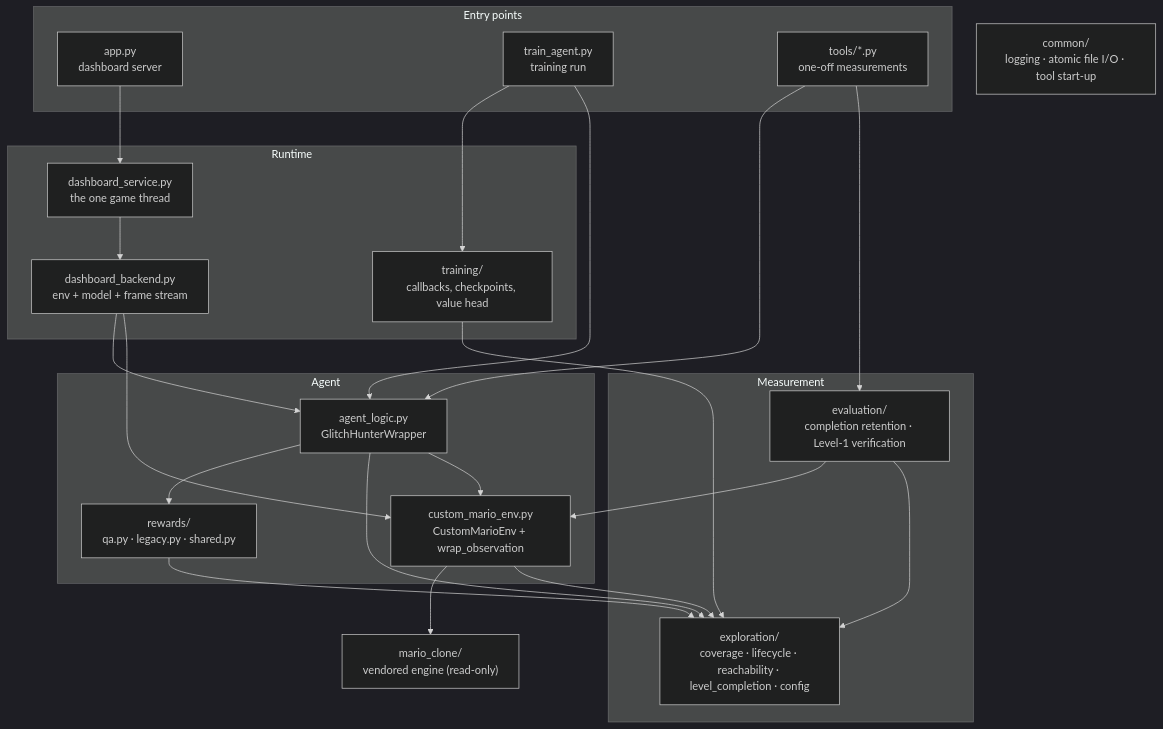
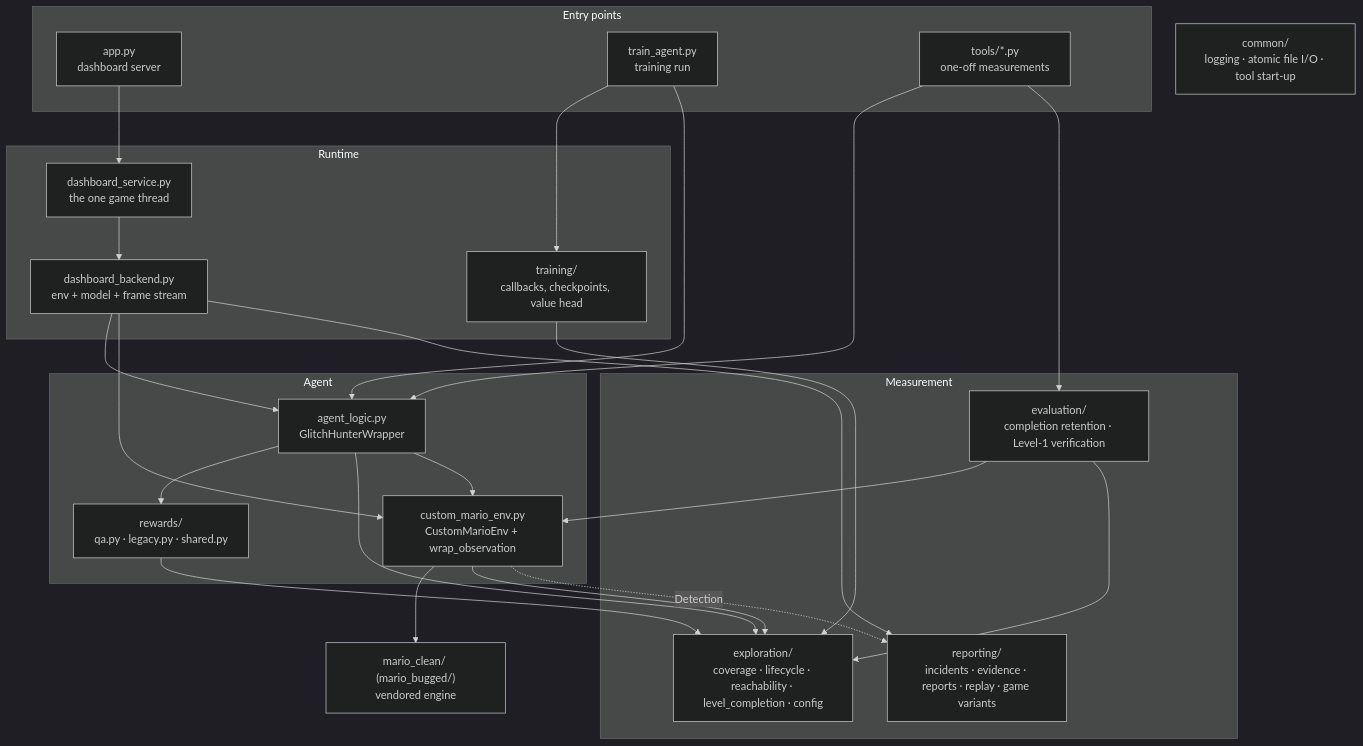
The diagram in docs/ARCHITECTURE.md (TanmaySingh2711/glitch_hunter_project), drawn with Mermaid (dark theme) before and after one commit. The commit also changed other lines of this file and 102 other files, not shown here.

````diff
--- a/docs/ARCHITECTURE.md
+++ b/docs/ARCHITECTURE.md
@@ -11,39 +11,42 @@
 ```mermaid
 flowchart TD
     subgraph entry["Entry points"]
         APP["app.py<br/>dashboard server"]
         TRAIN["train_agent.py<br/>training run"]
         TOOLS["tools/*.py<br/>one-off measurements"]
     end
     subgraph runtime["Runtime"]
         SVC["dashboard_service.py<br/>the one game thread"]
         BACK["dashboard_backend.py<br/>env + model + frame stream"]
         TRN["training/<br/>callbacks, checkpoints, value head"]
     end
     subgraph agent["Agent"]
         WRAP["agent_logic.py<br/>GlitchHunterWrapper"]
         REW["rewards/<br/>qa.py · legacy.py · shared.py"]
         ENV["custom_mario_env.py<br/>CustomMarioEnv + wrap_observation"]
     end
     subgraph measure["Measurement"]
         EXP["exploration/<br/>coverage · lifecycle · reachability · level_completion · config"]
         EVAL["evaluation/<br/>completion retention · Level-1 verification"]
+        REPT["reporting/<br/>incidents · evidence · reports · replay · game variants"]
     end
-    GAME["mario_clone/<br/>vendored engine (read-only)"]
+    GAME["mario_clean/ (mario_bugged/)<br/>vendored engine"]
     COMMON["common/<br/>logging · atomic file I/O · tool start-up"]
 
     APP --> SVC --> BACK --> WRAP
     TRAIN --> TRN
     TRAIN --> WRAP
     TOOLS --> WRAP
     TOOLS --> EVAL
     WRAP --> REW
     WRAP --> EXP
     REW --> EXP
     WRAP --> ENV --> GAME
     ENV --> EXP
     BACK --> ENV
+    BACK --> REPT
+    ENV -. Detection .-> REPT
     EVAL --> ENV
     EVAL --> EXP
     TRN --> EXP
 ```
````
